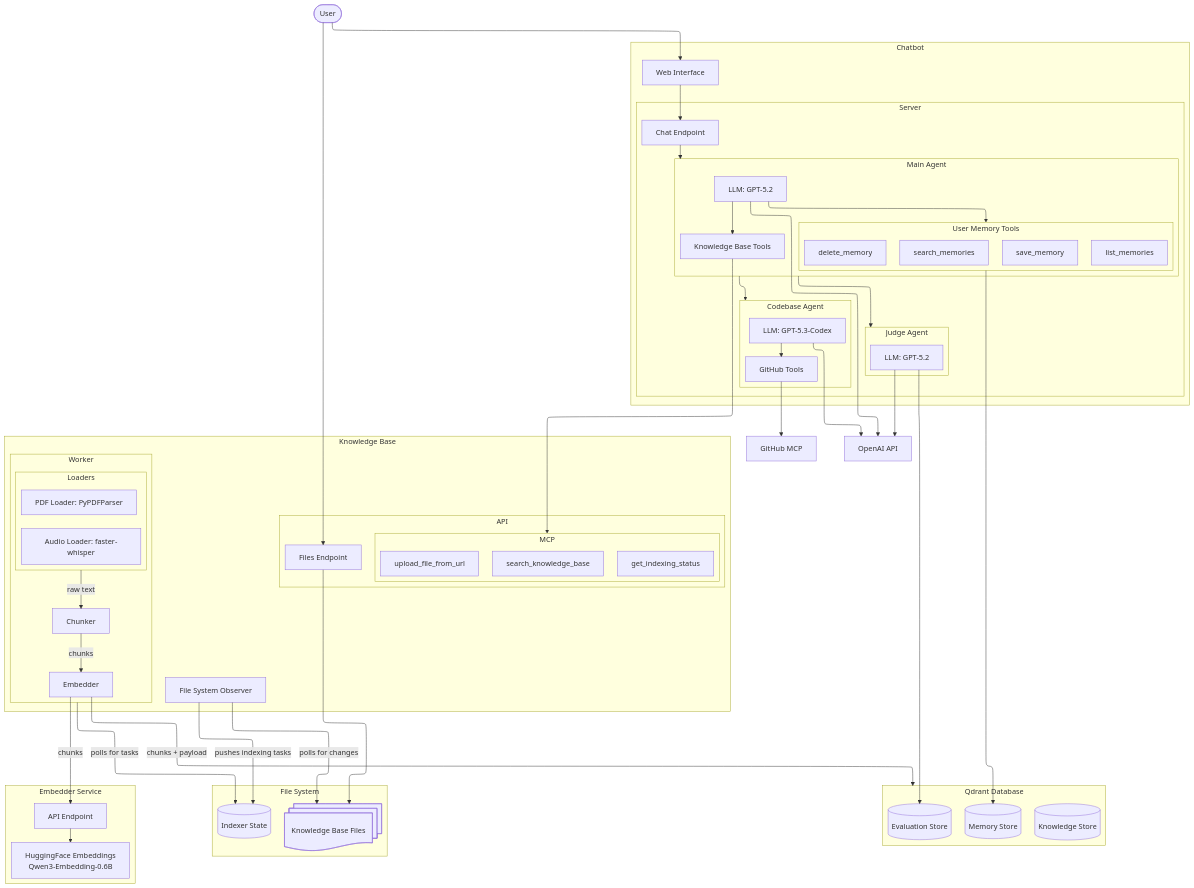
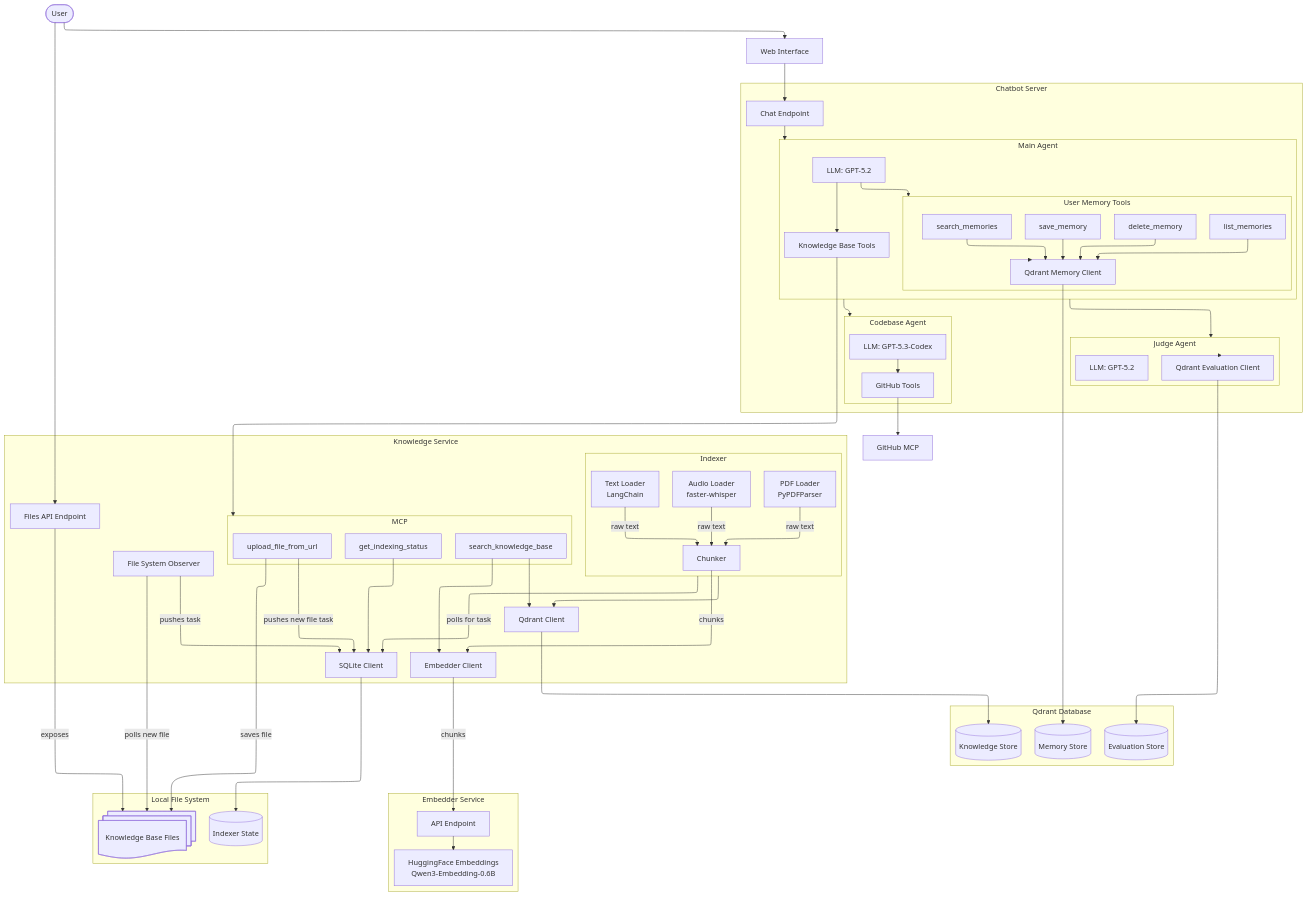
Before and after one commit to Anddrrew/ai_academy_capstone: the diagram in docs/architecture.mmd, drawn with Mermaid. The commit also changed 1 other file, not shown here.

```diff
--- a/docs/architecture.mmd
+++ b/docs/architecture.mmd
@@ -1,98 +1,111 @@
 ---
 config:
   layout: elk
   theme: default
 ---
 flowchart TB
   user([User])
-  subgraph chatbot["Chatbot"]
-    web_ui[Web Interface]
-    subgraph server["Server"]
+  user --> web_ui
+  web_ui[Web Interface]
+  web_ui --> chat_endpoint
+
+  subgraph chatbot["Chatbot Server"]
         chat_endpoint[Chat Endpoint]
         subgraph main_agent["Main Agent"]
             main_llm[LLM: GPT-5.2]
-            subgraph memory_tools["User Memory Tools"]
-                search_memories
-                save_memory
-                delete_memory
-                list_memories
+            subgraph mem_tools["User Memory Tools"]
+                mem_search[search_memories]
+                mem_save[save_memory]
+                mem_delete[delete_memory]
+                mem_list[list_memories]
+                mem_qdrant[Qdrant Memory Client]
+                mem_search --> mem_qdrant
+                mem_save --> mem_qdrant
+                mem_delete --> mem_qdrant
+                mem_list --> mem_qdrant
             end
             kb_tools[Knowledge Base Tools]
             main_llm --> kb_tools
-            main_llm --> memory_tools
+            main_llm --> mem_tools
         end
         subgraph research_agent["Codebase Agent"]
             research_llm[LLM: GPT-5.3-Codex]
             github_tools[GitHub Tools]
             research_llm --> github_tools
         end
         subgraph judge_agent["Judge Agent"]
             judge_llm[LLM: GPT-5.2]
+            judge_qdrant[Qdrant Evaluation Client]
         end
+        mem_tools --> mem_qdrant
+        judge_agent --> judge_qdrant
         chat_endpoint --> main_agent
         main_agent --> research_agent
         main_agent --> judge_agent
+  end
+  subgraph kb["Knowledge Service"]
+    kb_observer[File System Observer]
+    kb_embed_client[Embedder Client]
+    kb_qdrant[Qdrant Client]
+    kb_sqlite[SQLite Client]
+    subgraph kb_indexer["Indexer"]
+        kb_chunker[Chunker]
+        kb_pdf_loader[PDF Loader<br/>PyPDFParser]
+        kb_audio_loader[Audio Loader<br/>faster-whisper]
+        kb_text_loader[Text Loader<br/>LangChain ]
+        kb_pdf_loader --> |raw text| kb_chunker
+        kb_audio_loader --> |raw text| kb_chunker
+        kb_text_loader --> |raw text| kb_chunker
     end
-    web_ui --> chat_endpoint
+        kb_files_endpoint[Files API Endpoint]
+    
+        subgraph kb_mcp["MCP"]
+            kb_mcp_search[search_knowledge_base]
+            kb_mcp_status[get_indexing_status]
+            kb_mcp_upload[upload_file_from_url]
+        end
+    kb_chunker --> |chunks| kb_embed_client
+    kb_indexer --> kb_qdrant
+    kb_mcp_search --> kb_embed_client
+    kb_mcp_search --> kb_qdrant
+    kb_mcp_status --> kb_sqlite
+
+    kb_observer --> |pushes task| kb_sqlite
+    kb_indexer -->|polls for task| kb_sqlite
+
+    kb_mcp_upload --> |pushes new file task| kb_sqlite
+
   end
-  subgraph knowledge_base["Knowledge Base"]
-    direction LR
-    observer[File System Observer]
-    subgraph worker["Worker"]
-        chunker[Chunker]
-        embed_chunks[Embedder]
-        subgraph loaders["Loaders"]
-            direction BT
-            pdf_loader[PDF Loader: PyPDFParser]
-            audio_loader[Audio Loader: faster-whisper]
-        end
-        loaders --> |raw text| chunker
-        chunker --> |chunks| embed_chunks
-    end
-    subgraph kb_api["API"]
-        files_endpoint[Files Endpoint]
-        subgraph kb_mcp["MCP"]
-            search_knowledge_base
-            get_indexing_status
-            upload_file_from_url
-        end
-    end
-  end
-  subgraph vector_db["Qdrant Database"]
-    direction TB
-    knowledge_store[(Knowledge Store)]
-    evaluation_store[(Evaluation Store)]
-    memory_store[(Memory Store)]
-  end
-  subgraph file_system["File System"]
-    indexer_state[(Indexer State)]
-    docs["Knowledge Base Files"]
-  end
-  subgraph embedder_service["Embedder Service"]
+  subgraph embedder["Embedder Service"]
     direction TB
     embed_model["HuggingFace Embeddings<br/>Qwen3-Embedding-0.6B"]
     embed_api["API Endpoint"]
     embed_api --> embed_model
   end
+  subgraph qdrant["Qdrant Database"]
+    direction TB
+    qdrant_knowledge[(Knowledge Store)]
+    qdrant_evaluation[(Evaluation Store)]
+    qdrant_memory[(Memory Store)]
+  end
+  subgraph fs["Local File System"]
+    fs_docs["Knowledge Base Files"]
+    fs_state[(Indexer State)]
+  end
 
 
   github_mcp[GitHub MCP]
-  openai_api[OpenAI API]
-  observer -->|polls for changes| docs
-  observer --> |pushes indexing tasks| indexer_state
-  worker -->|polls for tasks| indexer_state
-  user --> web_ui
-  user --> files_endpoint --> docs
+  kb_observer -->|polls new file| fs_docs
   kb_tools --> kb_mcp
-  main_llm --> openai_api
-  research_llm --> openai_api
-  judge_llm --> openai_api
-  judge_llm --> evaluation_store
-  memory_tools --> memory_store
+  mem_qdrant --> qdrant_memory
+  judge_qdrant --> qdrant_evaluation
   github_tools --> github_mcp
 
-  embed_chunks --> |chunks| embed_api
-  embed_chunks ---> |chunks + payload| vector_db
+  kb_embed_client --> |chunks| embed_api
+  kb_qdrant --> qdrant_knowledge
+  kb_sqlite --> fs_state
 
 
-  docs@{ shape: docs}
+  user --> kb_files_endpoint --> |exposes| fs_docs
+  kb_mcp_upload --> |saves file| fs_docs
+  fs_docs@{ shape: docs}
```
